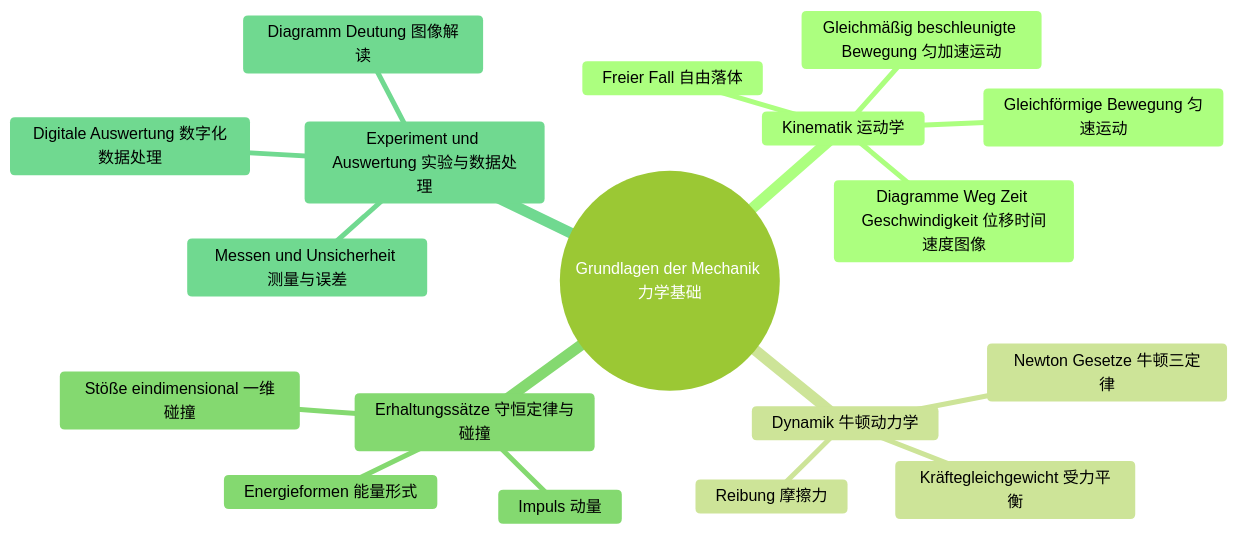
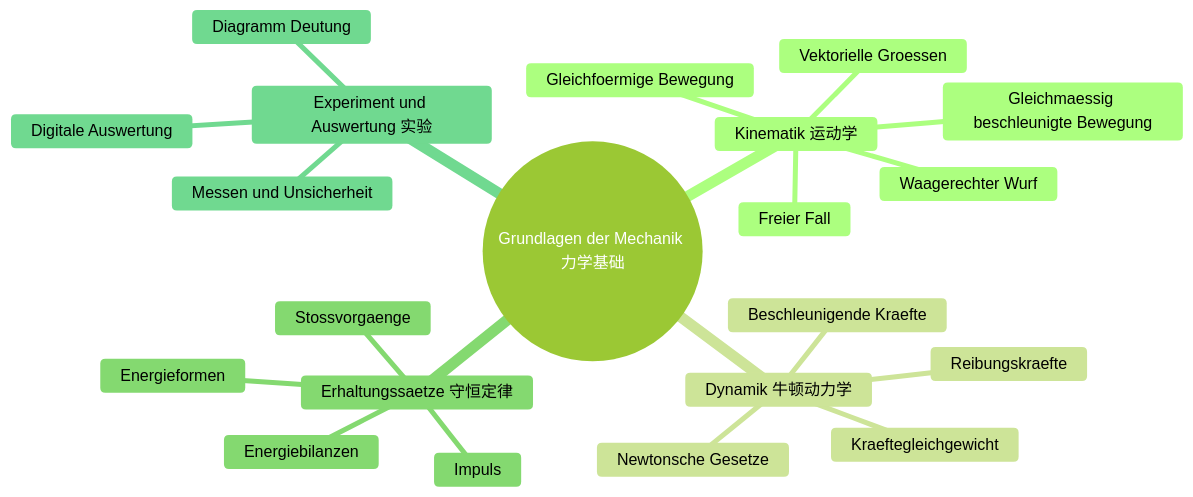
One commit to jjjjjjjjnnjnn/EF-GeWi-Lernvault changed the second of 11 diagrams in 00_META/Lernbaum/Lernbaum-Physik.md. Above: the diagram before and after it, drawn with Mermaid (forest theme). The commit also changed other lines of this file and 5 other files, not shown here.

````diff
--- a/00_META/Lernbaum/Lernbaum-Physik.md
+++ b/00_META/Lernbaum/Lernbaum-Physik.md
@@ -35,21 +134,24 @@
 ```mermaid
 mindmap
   root((Grundlagen der Mechanik 力学基础))
     Kinematik 运动学
-      Gleichförmige Bewegung 匀速运动
-      Gleichmäßig beschleunigte Bewegung 匀加速运动
-      Freier Fall 自由落体
-      Diagramme Weg Zeit Geschwindigkeit 位移时间速度图像
+      Gleichfoermige Bewegung
+      Gleichmaessig beschleunigte Bewegung
+      Freier Fall
+      Waagerechter Wurf
+      Vektorielle Groessen
     Dynamik 牛顿动力学
-      Newton Gesetze 牛顿三定律
-      Kräftegleichgewicht 受力平衡
-      Reibung 摩擦力
-    Erhaltungssätze 守恒定律与碰撞
-      Energieformen 能量形式
-      Impuls 动量
-      Stöße eindimensional 一维碰撞
-    Experiment und Auswertung 实验与数据处理
-      Messen und Unsicherheit 测量与误差
-      Digitale Auswertung 数字化数据处理
-      Diagramm Deutung 图像解读
+      Newtonsche Gesetze
+      Kraeftegleichgewicht
+      Beschleunigende Kraefte
+      Reibungskraefte
+    Erhaltungssaetze 守恒定律
+      Energieformen
+      Energiebilanzen
+      Impuls
+      Stossvorgaenge
+    Experiment und Auswertung 实验
+      Messen und Unsicherheit
+      Digitale Auswertung
+      Diagramm Deutung
 ```
````
